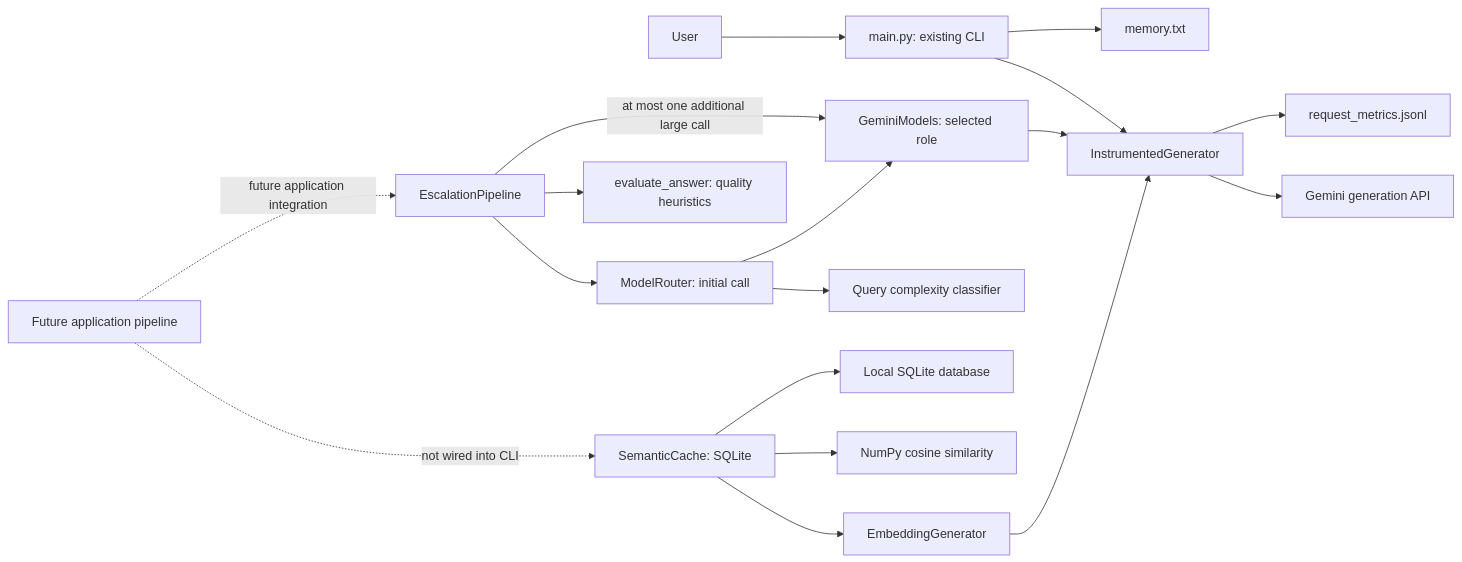
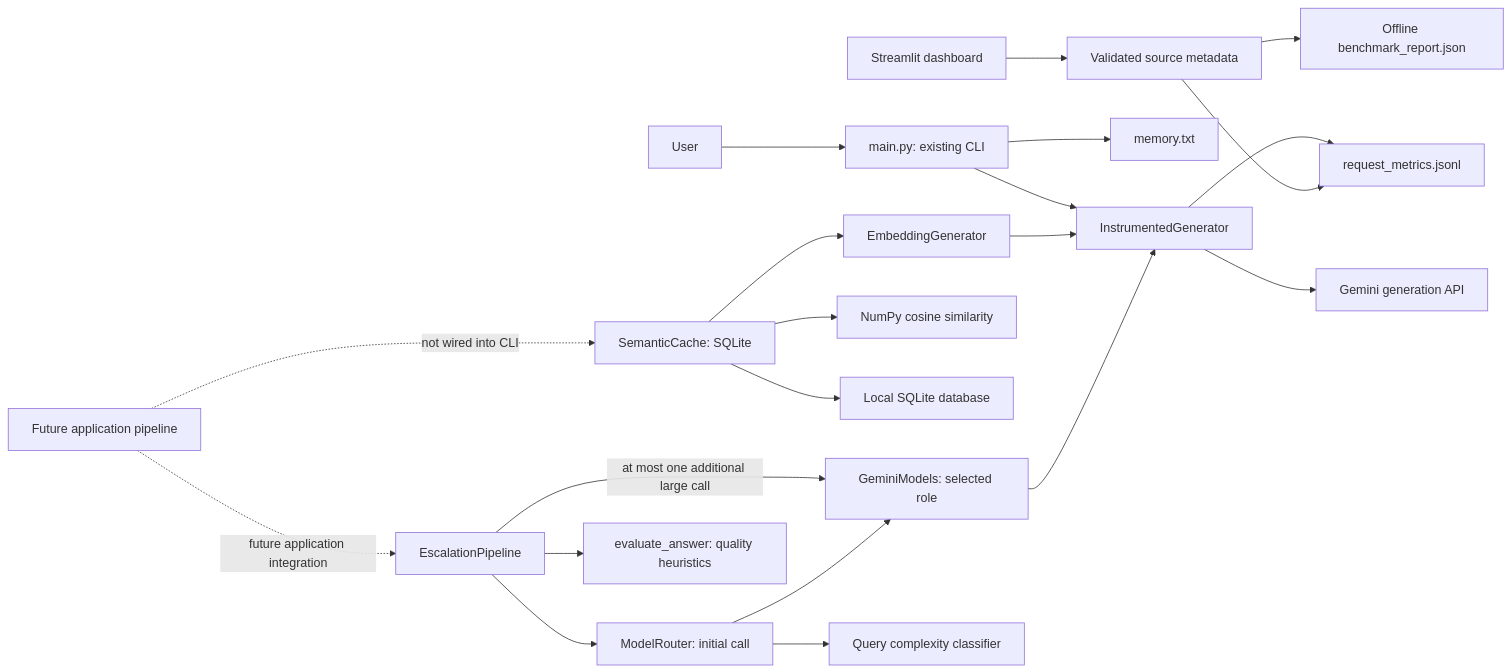
One commit to omkharad100x/llm-cost-router changed the diagram in README.md. Above: the diagram before and after it, drawn with Mermaid. The commit also changed other lines of this file and 38 other files, not shown here.

````diff
--- a/README.md
+++ b/README.md
@@ -26,21 +27,24 @@
 ```mermaid
 flowchart LR
     User --> CLI["main.py: existing CLI"]
     CLI --> Gen["InstrumentedGenerator"]
     Gen --> Gemini["Gemini generation API"]
     Gen --> Metrics["request_metrics.jsonl"]
     CLI --> Memory["memory.txt"]
+    Dashboard["Streamlit dashboard"] --> Sources["Validated source metadata"]
+    Sources --> Report["Offline benchmark_report.json"]
+    Sources --> Metrics
 
     Future["Future application pipeline"] -. "not wired into CLI" .-> Cache["SemanticCache: SQLite"]
     Cache --> Embed["EmbeddingGenerator"]
     Embed --> Gen
     Cache --> Similarity["NumPy cosine similarity"]
     Cache --> DB["Local SQLite database"]
     Future -. "future application integration" .-> Escalation["EscalationPipeline"]
     Escalation --> Router["ModelRouter: initial call"]
     Escalation --> Quality["evaluate_answer: quality heuristics"]
     Escalation --> |"at most one additional large call"| Models
     Router --> Classifier["Query complexity classifier"]
     Router --> Models["GeminiModels: selected role"]
     Models --> Gen
 ```
````
